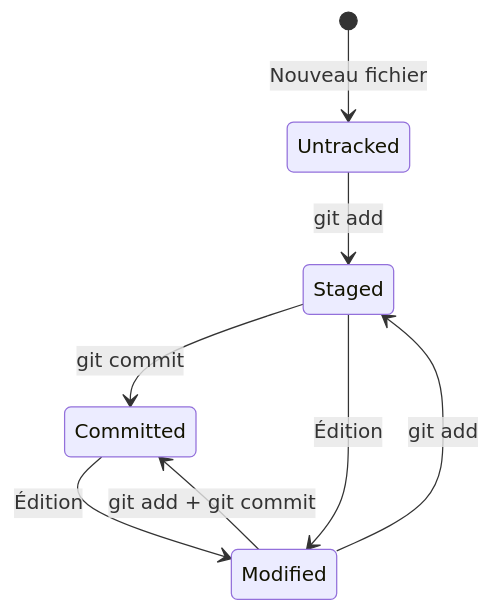
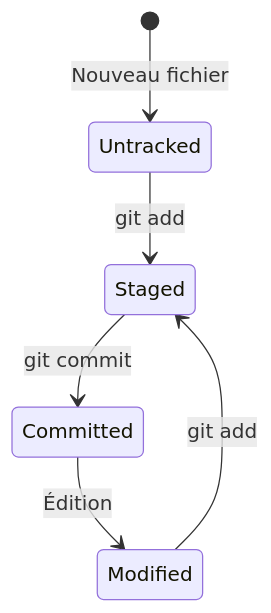
Before and after one commit to zyrass/omnyforge: the sixth of 8 diagrams in docs/bases-fondamentales/outils/git/fondamentaux.mdx, drawn with Mermaid. The commit also changed other lines of this file and 1 other file, not shown here.

First line of the commit message:
doc: Add Git fondamentaux file

````diff
--- a/docs/bases-fondamentales/outils/git/fondamentaux.mdx
+++ b/docs/bases-fondamentales/outils/git/fondamentaux.mdx
@@ -709,10 +999,8 @@
 ```mermaid
 stateDiagram-v2
     [*] --> Untracked : Nouveau fichier
     Untracked --> Staged : git add
     Staged --> Committed : git commit
     Committed --> Modified : Édition
     Modified --> Staged : git add
-    Staged --> Modified : Édition
-    Modified --> Committed : git add + git commit
 ```
````
